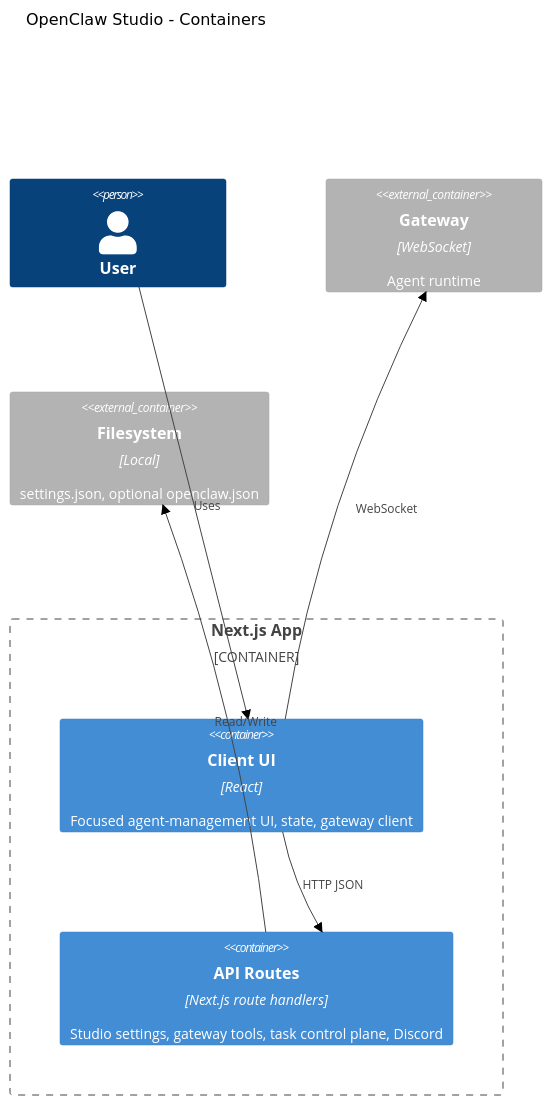
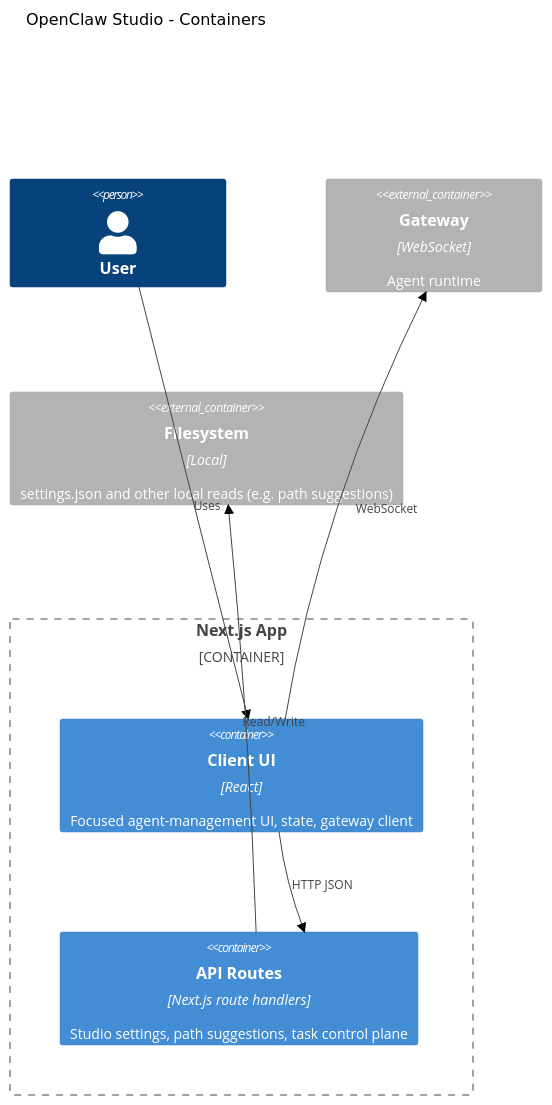
Before and after one commit to MichelCaini/openclaw-studio: the second of 2 diagrams in ARCHITECTURE.md, drawn with Mermaid (neutral theme). The commit also changed other lines of this file, not shown here.

Commit message:
docs: sync architecture after logger refactor

````diff
--- a/ARCHITECTURE.md
+++ b/ARCHITECTURE.md
@@ -140,18 +140,18 @@
 ```mermaid
 C4Container
   title OpenClaw Studio - Containers
   Person(user, "User")
 
   Container_Boundary(app, "Next.js App") {
     Container(client, "Client UI", "React", "Focused agent-management UI, state, gateway client")
-    Container(api, "API Routes", "Next.js route handlers", "Studio settings, gateway tools, task control plane, Discord")
+    Container(api, "API Routes", "Next.js route handlers", "Studio settings, path suggestions, task control plane")
   }
 
   Container_Ext(gateway, "Gateway", "WebSocket", "Agent runtime")
-  Container_Ext(fs, "Filesystem", "Local", "settings.json, optional openclaw.json")
+  Container_Ext(fs, "Filesystem", "Local", "settings.json and other local reads (e.g. path suggestions)")
 
   Rel(user, client, "Uses")
   Rel(client, api, "HTTP JSON")
   Rel(client, gateway, "WebSocket")
   Rel(api, fs, "Read/Write")
 ```
````
